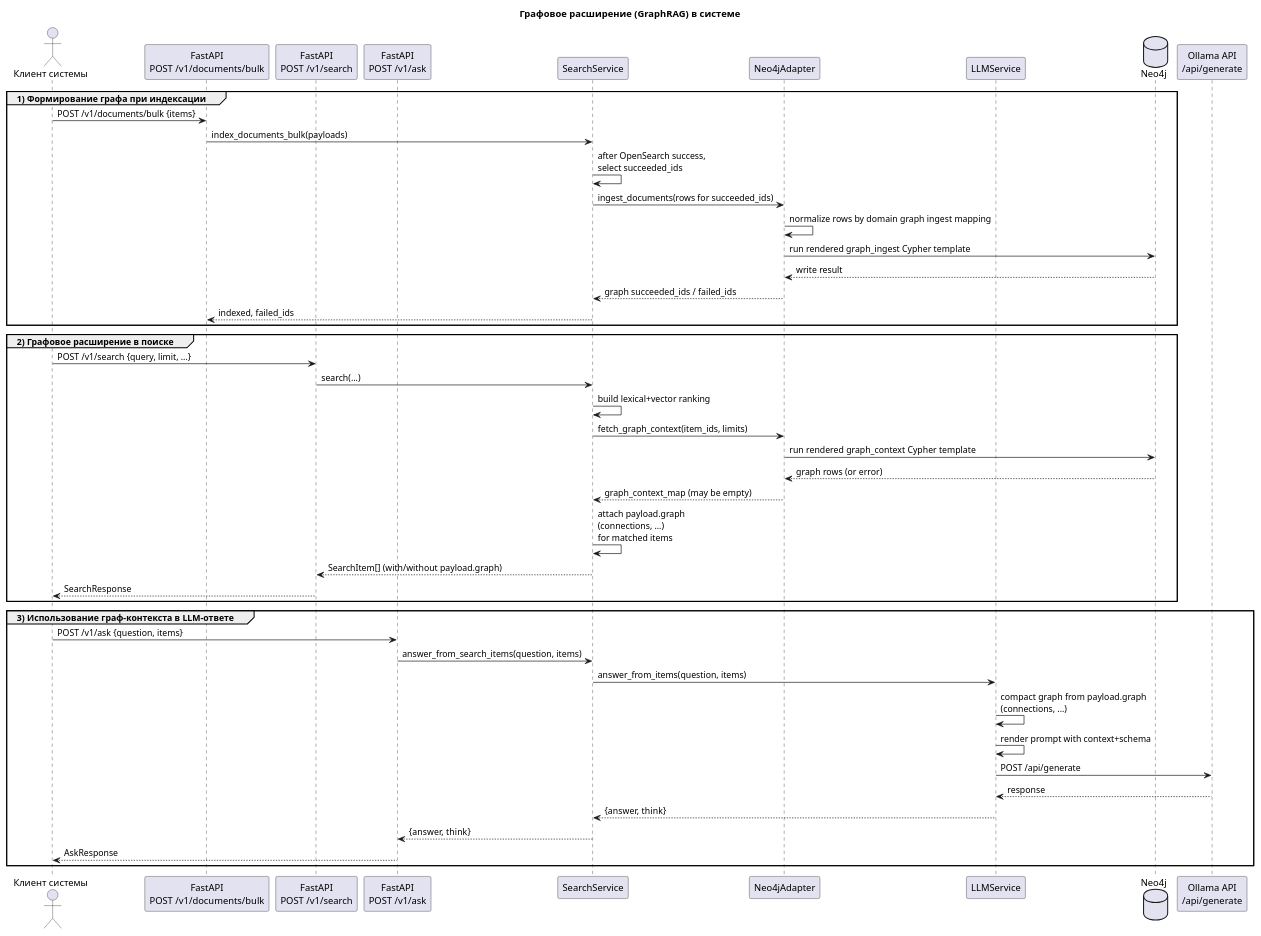
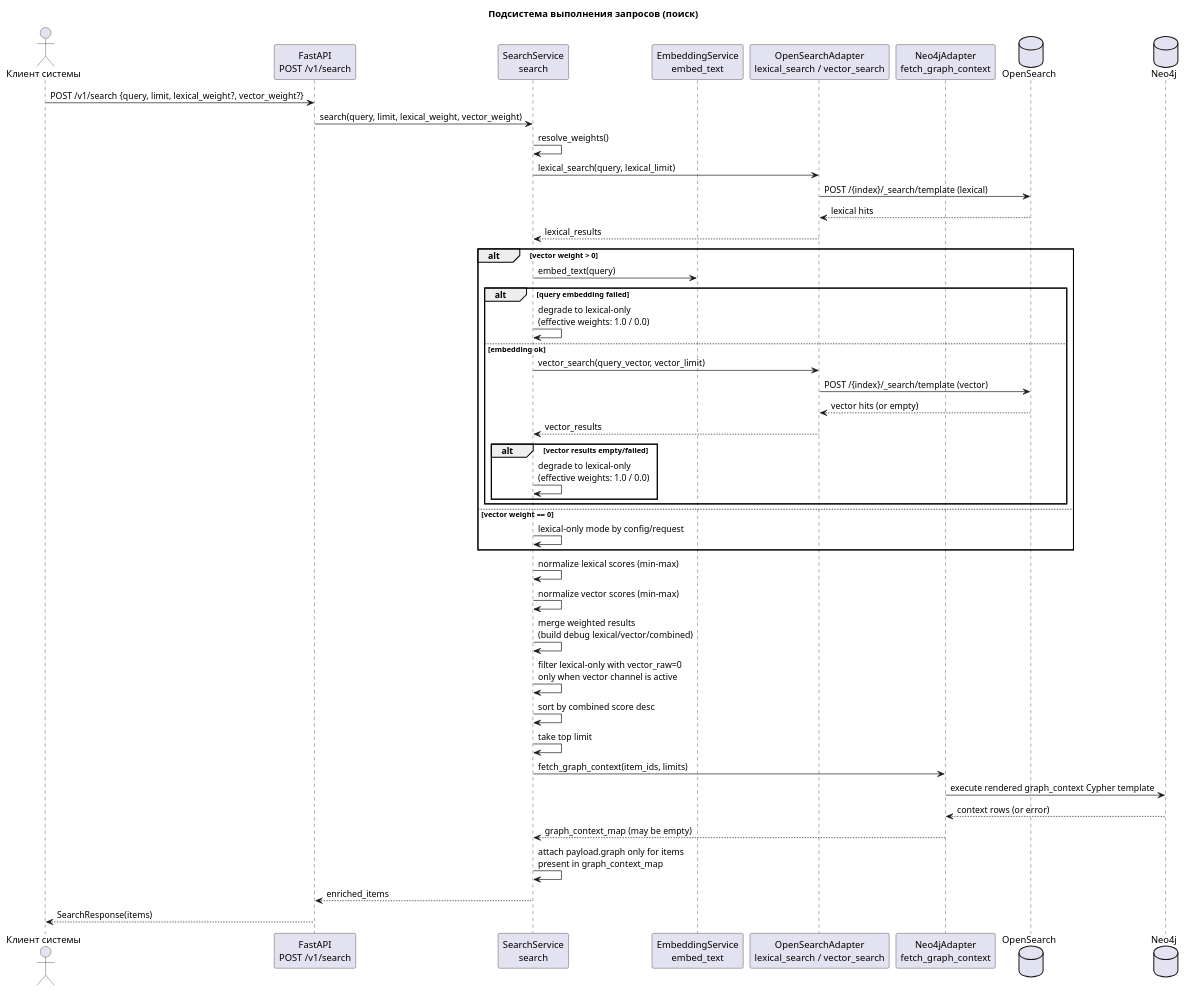
One commit to ilya-anashkin/graphrag-search changed the diagram in docs/diagrams/2_query_execution_subsystem.puml. Above: the diagram before and after it, drawn with PlantUML. The commit also changed 5 other files, not shown here.

```diff
--- a/docs/diagrams/2_query_execution_subsystem.puml
+++ b/docs/diagrams/2_query_execution_subsystem.puml
@@ -1,54 +1,54 @@
 @startuml
-title Графовое расширение (GraphRAG) в системе
+title Подсистема выполнения запросов (поиск)
 
 actor "Клиент системы" as Client
-participant "FastAPI\nPOST /v1/documents/bulk" as IndexAPI
 participant "FastAPI\nPOST /v1/search" as SearchAPI
-participant "FastAPI\nPOST /v1/ask" as AskAPI
-participant "SearchService" as Service
-participant "Neo4jAdapter" as Neo
-participant "LLMService" as LLM
+participant "SearchService\nsearch" as Service
+participant "EmbeddingService\nembed_text" as Emb
+participant "OpenSearchAdapter\nlexical_search / vector_search" as OS
+participant "Neo4jAdapter\nfetch_graph_context" as Neo
+database "OpenSearch" as OSDb
 database "Neo4j" as NeoDb
-participant "Ollama API\n/api/generate" as Ollama
 
-group 1) Формирование графа при индексации
-  Client -> IndexAPI: POST /v1/documents/bulk {items}
-  IndexAPI -> Service: index_documents_bulk(payloads)
-  Service -> Service: after OpenSearch success,\nselect succeeded_ids
-  Service -> Neo: ingest_documents(rows for succeeded_ids)
-  Neo -> Neo: normalize rows by domain graph ingest mapping
-  Neo -> NeoDb: run rendered graph_ingest Cypher template
-  NeoDb --> Neo: write result
-  Neo --> Service: graph succeeded_ids / failed_ids
-  Service --> IndexAPI: indexed, failed_ids
+Client -> SearchAPI: POST /v1/search {query, limit, lexical_weight?, vector_weight?}
+SearchAPI -> Service: search(query, limit, lexical_weight, vector_weight)
+
+Service -> Service: resolve_weights()
+Service -> OS: lexical_search(query, lexical_limit)
+OS -> OSDb: POST /{index}/_search/template (lexical)
+OSDb --> OS: lexical hits
+OS --> Service: lexical_results
+
+alt vector weight > 0
+  Service -> Emb: embed_text(query)
+  alt query embedding failed
+    Service -> Service: degrade to lexical-only\n(effective weights: 1.0 / 0.0)
+  else embedding ok
+    Service -> OS: vector_search(query_vector, vector_limit)
+    OS -> OSDb: POST /{index}/_search/template (vector)
+    OSDb --> OS: vector hits (or empty)
+    OS --> Service: vector_results
+    alt vector results empty/failed
+      Service -> Service: degrade to lexical-only\n(effective weights: 1.0 / 0.0)
+    end
+  end
+else vector weight == 0
+  Service -> Service: lexical-only mode by config/request
 end
 
-group 2) Графовое расширение в поиске
-  Client -> SearchAPI: POST /v1/search {query, limit, ...}
-  SearchAPI -> Service: search(...)
-  Service -> Service: build lexical+vector ranking
+Service -> Service: normalize lexical scores (min-max)
+Service -> Service: normalize vector scores (min-max)
+Service -> Service: merge weighted results\n(build debug lexical/vector/combined)
+Service -> Service: filter lexical-only with vector_raw=0\nonly when vector channel is active
+Service -> Service: sort by combined score desc
+Service -> Service: take top limit
 
-  Service -> Neo: fetch_graph_context(item_ids, limits)
-  Neo -> NeoDb: run rendered graph_context Cypher template
-  NeoDb --> Neo: graph rows (or error)
-  Neo --> Service: graph_context_map (may be empty)
-  Service -> Service: attach payload.graph\n(connections, ...)\nfor matched items
-
-  Service --> SearchAPI: SearchItem[] (with/without payload.graph)
-  SearchAPI --> Client: SearchResponse
-end
-
-group 3) Использование граф-контекста в LLM-ответе
-  Client -> AskAPI: POST /v1/ask {question, items}
-  AskAPI -> Service: answer_from_search_items(question, items)
-  Service -> LLM: answer_from_items(question, items)
-  LLM -> LLM: compact graph from payload.graph\n(connections, ...)
-  LLM -> LLM: render prompt with context+schema
-  LLM -> Ollama: POST /api/generate
-  Ollama --> LLM: response
-  LLM --> Service: {answer, think}
-  Service --> AskAPI: {answer, think}
-  AskAPI --> Client: AskResponse
-end
+Service -> Neo: fetch_graph_context(item_ids, limits)
+Neo -> NeoDb: execute rendered graph_context Cypher template
+NeoDb --> Neo: context rows (or error)
+Neo --> Service: graph_context_map (may be empty)
+Service -> Service: attach payload.graph only for items\npresent in graph_context_map
+Service --> SearchAPI: enriched_items
+SearchAPI --> Client: SearchResponse(items)
 
 @enduml
```
